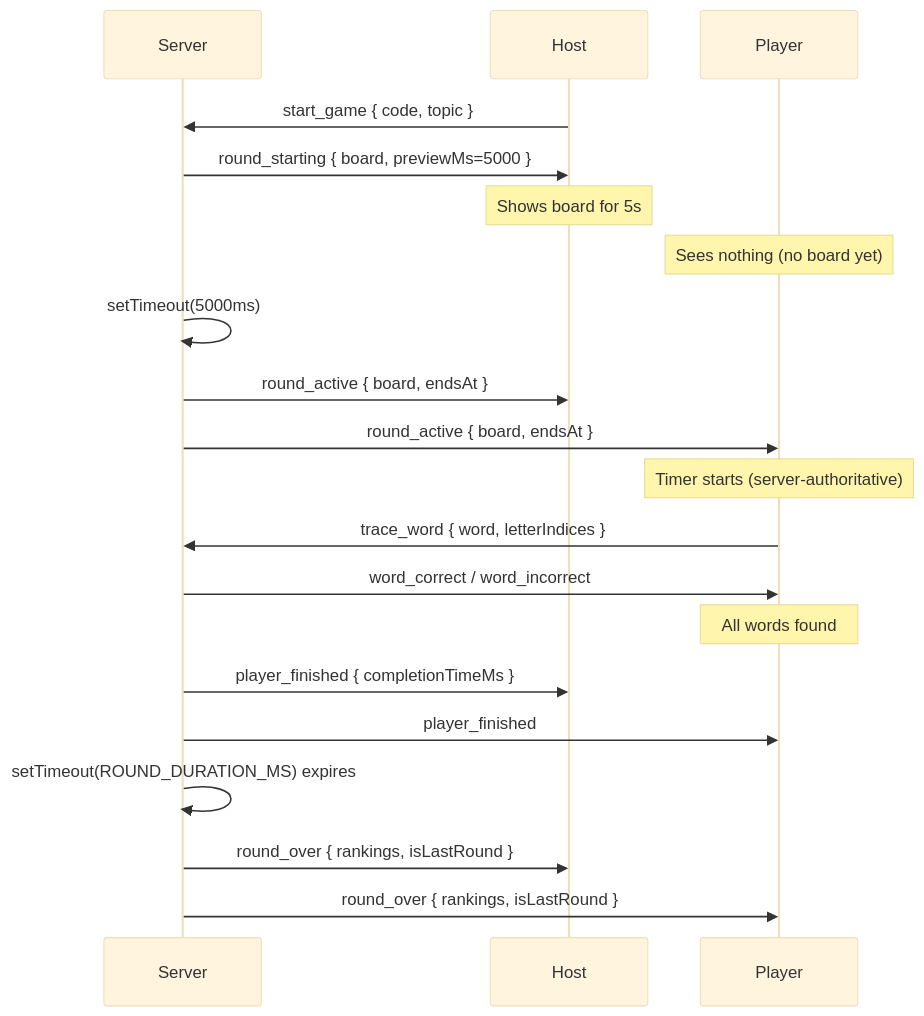
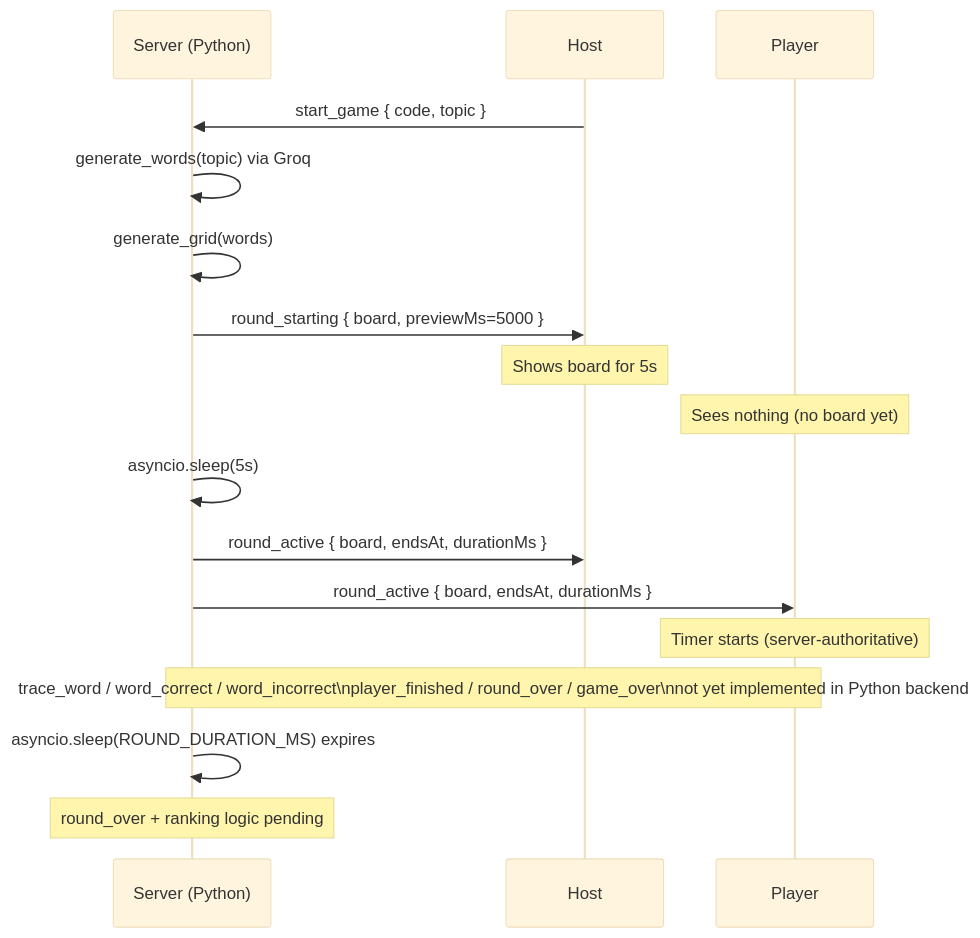
Before and after one commit to lzam0/Multiplayer-Puzzle-Game: the fourth of 4 diagrams in docs/diagrams/game-flow.md, drawn with Mermaid (base theme). The commit also changed other lines of this file and 10 other files, not shown here.

````diff
--- a/docs/diagrams/game-flow.md
+++ b/docs/diagrams/game-flow.md
@@ -63,27 +71,23 @@
 ```mermaid
 sequenceDiagram
-    participant S as Server
+    participant S as Server (Python)
     participant H as Host
     participant P as Player
 
     H->>S: start_game { code, topic }
+    S->>S: generate_words(topic) via Groq
+    S->>S: generate_grid(words)
     S->>H: round_starting { board, previewMs=5000 }
     Note over H: Shows board for 5s
     Note over P: Sees nothing (no board yet)
 
-    S->>S: setTimeout(5000ms)
-    S->>H: round_active { board, endsAt }
-    S->>P: round_active { board, endsAt }
+    S->>S: asyncio.sleep(5s)
+    S->>H: round_active { board, endsAt, durationMs }
+    S->>P: round_active { board, endsAt, durationMs }
     Note over P: Timer starts (server-authoritative)
 
-    P->>S: trace_word { word, letterIndices }
-    S->>P: word_correct / word_incorrect
+    Note over P,S: trace_word / word_correct / word_incorrect\nplayer_finished / round_over / game_over\nnot yet implemented in Python backend
 
-    Note over P: All words found
-    S->>H: player_finished { completionTimeMs }
-    S->>P: player_finished
-
-    S->>S: setTimeout(ROUND_DURATION_MS) expires
-    S->>H: round_over { rankings, isLastRound }
-    S->>P: round_over { rankings, isLastRound }
+    S->>S: asyncio.sleep(ROUND_DURATION_MS) expires
+    Note over S: round_over + ranking logic pending
 ```
````
